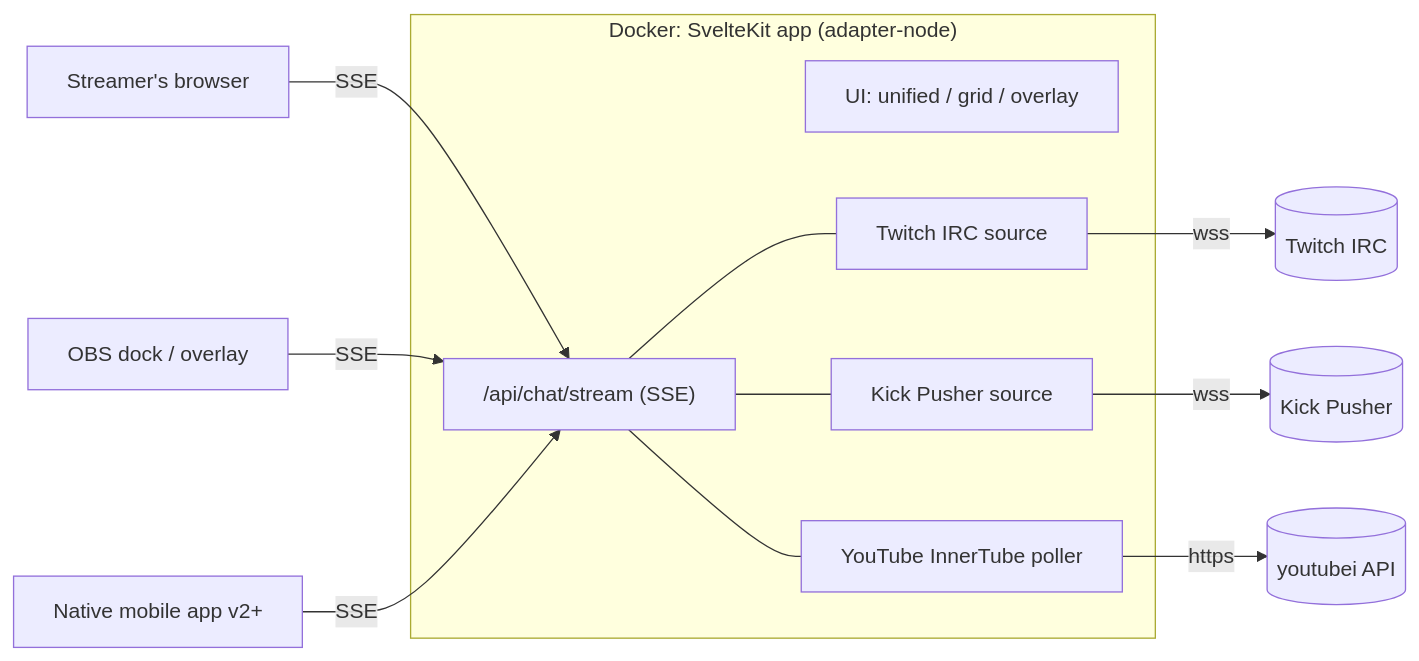
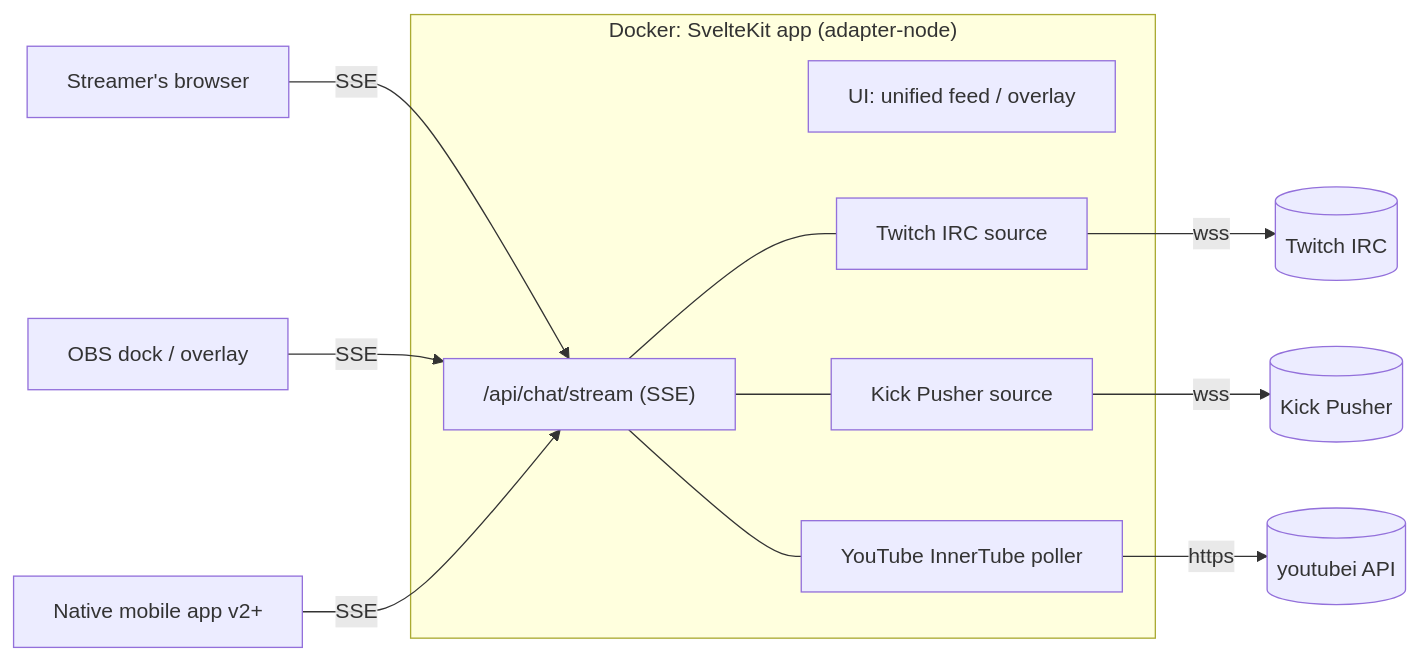
The diagram in docs/EDD.md (hk0i/all-chat), drawn with Mermaid before and after one commit. The commit also changed other lines of this file, not shown here.

Commit message:
[edd] update: drop grid view due to chat merging feasibility (seems likely to merge chats, so we don't need a split view)

````diff
--- a/docs/EDD.md
+++ b/docs/EDD.md
@@ -100,17 +100,17 @@
 ```mermaid
 flowchart LR
   subgraph Container["Docker: SvelteKit app (adapter-node)"]
-    UI[UI: unified / grid / overlay]
+    UI[UI: unified feed / overlay]
     STREAM["/api/chat/stream (SSE)"]
     TW[Twitch IRC source]
     KW[Kick Pusher source]
     YT[YouTube InnerTube poller]
   end
   WEB[Streamer's browser] -- SSE --> STREAM
   OBS[OBS dock / overlay] -- SSE --> STREAM
   MOB[Native mobile app v2+] -- SSE --> STREAM
   STREAM --- TW & KW & YT
   TW -- wss --> TwitchIRC[(Twitch IRC)]
   KW -- wss --> Pusher[(Kick Pusher)]
   YT -- https --> InnerTube[(youtubei API)]
 ```
````
